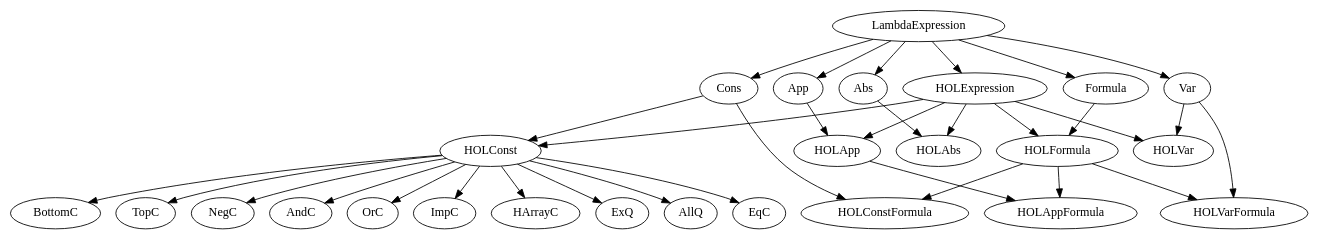
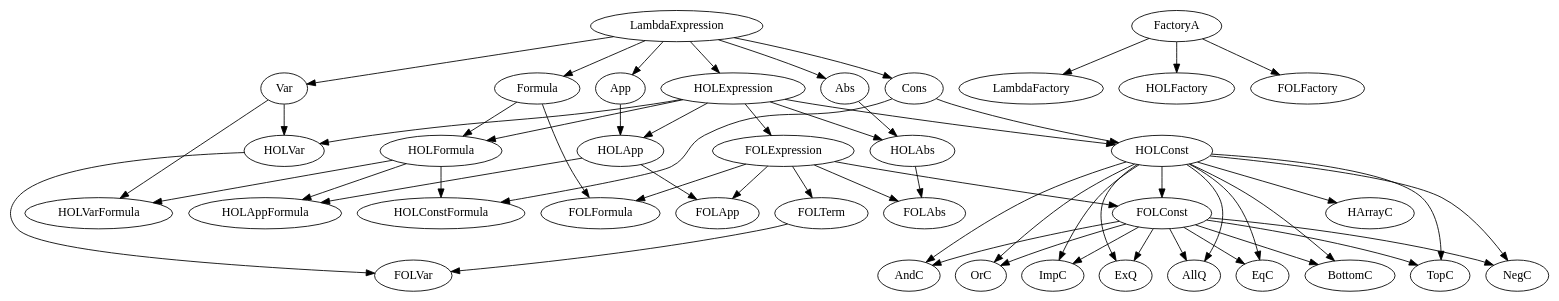
Before and after one commit to mschlaipfer/gapt: the diagram in doc/hierarchy.gv, drawn with Graphviz. The commit also changed 8 other files, not shown here.

```diff
--- a/doc/hierarchy.gv
+++ b/doc/hierarchy.gv
@@ -1,36 +1,60 @@
 # Command: dot hierarchy.gv -Tpng > hierarchy.png
 
 digraph G {
   LambdaExpression -> Var;
   LambdaExpression -> Cons;
   LambdaExpression -> App;
   LambdaExpression -> Abs;
   LambdaExpression -> Formula;
   LambdaExpression -> HOLExpression;
+  FactoryA -> LambdaFactory;
   HOLExpression -> HOLFormula;
+  FactoryA -> HOLFactory;
   Formula -> HOLFormula;
   HOLExpression -> HOLVar;
   Var -> HOLVar;
   HOLExpression -> HOLConst;
   Cons -> HOLConst;
   HOLFormula -> HOLVarFormula;
   Var -> HOLVarFormula;
   HOLFormula -> HOLConstFormula;
   Cons -> HOLConstFormula;
   App -> HOLApp;
   HOLExpression -> HOLApp;
   HOLApp -> HOLAppFormula;
   HOLFormula -> HOLAppFormula;
   Abs -> HOLAbs;
   HOLExpression -> HOLAbs;
   HOLConst -> BottomC;
   HOLConst -> TopC;
   HOLConst -> NegC;
   HOLConst -> AndC;
   HOLConst -> OrC;
   HOLConst -> ImpC;
   HOLConst -> HArrayC; 
   HOLConst -> ExQ;
   HOLConst -> AllQ;
   HOLConst -> EqC;
+  HOLExpression -> FOLExpression;
+  FOLExpression -> FOLFormula;
+  Formula -> FOLFormula;
+  FOLExpression -> FOLTerm;
+  HOLApp -> FOLApp;
+  FOLExpression -> FOLApp;
+  HOLAbs -> FOLAbs;
+  FOLExpression -> FOLAbs;
+  HOLVar -> FOLVar;
+  FOLTerm -> FOLVar;
+  HOLConst -> FOLConst;
+  FOLExpression -> FOLConst;
+  FOLConst -> TopC;
+  FOLConst -> BottomC;
+  FOLConst -> NegC;
+  FOLConst -> AndC;
+  FOLConst -> OrC;
+  FOLConst -> ImpC;
+  FOLConst -> EqC;
+  FOLConst -> ExQ;
+  FOLConst -> AllQ;
+  FactoryA -> FOLFactory;
 }
```
